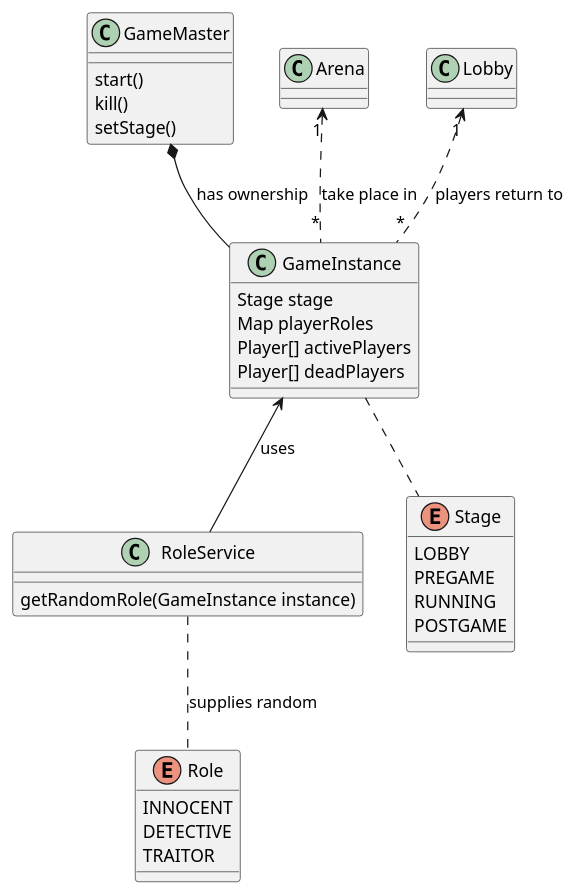
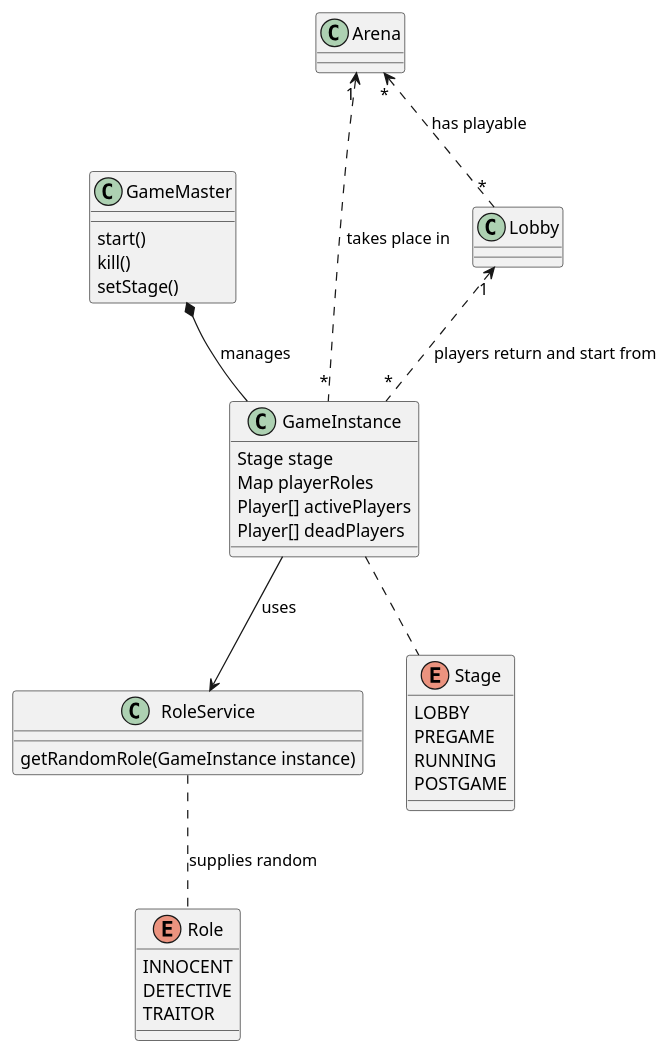
Before and after one commit to KapitanFloww/FlowwTTT: the diagram in TTT-Game.puml, drawn with PlantUML. The commit also changed 43 other files, not shown here.

```diff
--- a/TTT-Game.puml
+++ b/TTT-Game.puml
@@ -1,41 +1,42 @@
 @startuml
 'https://plantuml.com/class-diagram
 
 class GameMaster {
     start()
     kill()
     setStage()
 }
 class GameInstance {
     Stage stage
     Map playerRoles
     Player[] activePlayers
     Player[] deadPlayers
 }
 class RoleService {
     getRandomRole(GameInstance instance)
 }
 class Arena
 class Lobby
 
 
 enum Stage {
     LOBBY
     PREGAME
     RUNNING
     POSTGAME
 }
 enum Role {
     INNOCENT
     DETECTIVE
     TRAITOR
 }
 
-GameInstance <-- RoleService : uses
+GameInstance --> RoleService : uses
 GameInstance .. Stage
-Arena "1" <.. "*" GameInstance : take place in
-Lobby "1" <.. "*" GameInstance : players return to
-GameMaster *-- GameInstance : has ownership
+Arena "1" <.. "*" GameInstance : takes place in
+Lobby "1" <.. "*" GameInstance : players return and start from
+Arena "*" <.. "*" Lobby : has playable
+GameMaster *-- GameInstance : manages
 RoleService .. Role : supplies random
 
 @enduml
```
